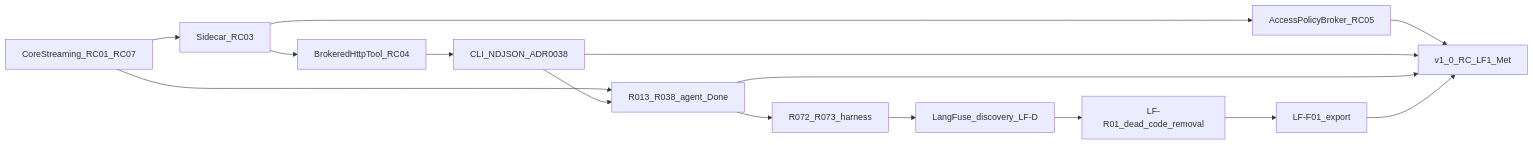
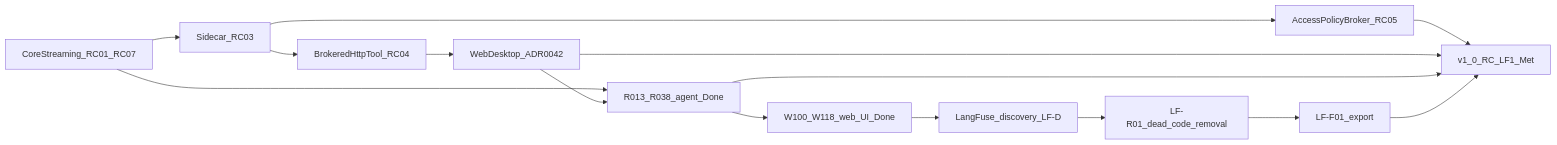
Before and after one commit to thsfranca/rex: the diagram in docs/ROADMAP.md, drawn with Mermaid. The commit also changed other lines of this file and 6 other files, not shown here.

First line of the commit message:
docs: sync manifest, index, and roadmap with web desktop pivot (#410)

````diff
--- a/docs/ROADMAP.md
+++ b/docs/ROADMAP.md
@@ -15,28 +15,28 @@
 ```mermaid
 flowchart LR
  core[CoreStreaming_RC01_RC07]
  side[Sidecar_RC03]
  broker[BrokeredHttpTool_RC04]
- cliClient[CLI_NDJSON_ADR0038]
+ desktopClient[WebDesktop_ADR0042]
  policyBroker[AccessPolicyBroker_RC05]
  agent[R013_R038_agent_Done]
- terminalHarness[R072_R073_harness]
+ webUI[W100_W118_web_UI_Done]
  langfuseDisc[LangFuse_discovery_LF-D]
  langfuseRm[LF-R01_dead_code_removal]
  langfuseImpl[LF-F01_export]
  v1[v1_0_RC_LF1_Met]
  core --> side
  side --> broker
- broker --> cliClient
+ broker --> desktopClient
  side --> policyBroker
  core --> agent
- cliClient --> agent
- agent --> terminalHarness
- terminalHarness --> langfuseDisc
+ desktopClient --> agent
+ agent --> webUI
+ webUI --> langfuseDisc
  langfuseDisc --> langfuseRm
  langfuseRm --> langfuseImpl
  policyBroker --> v1
- cliClient --> v1
+ desktopClient --> v1
  agent --> v1
  langfuseImpl --> v1
 ```
````
